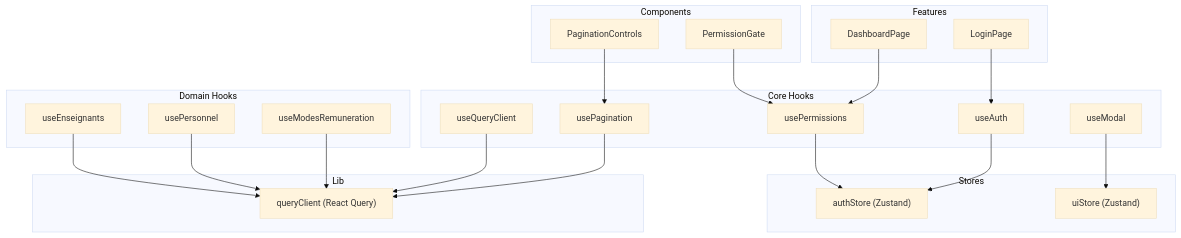
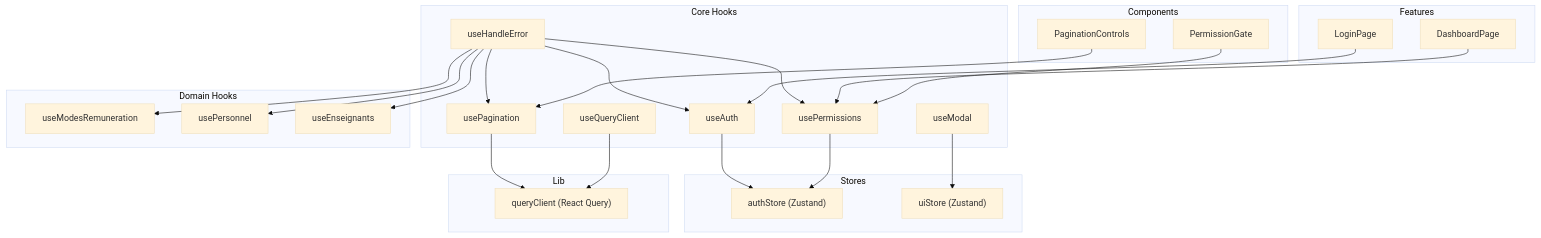
One commit to franckylab/eLISAschool changed the first of 6 diagrams in .qoder/repowiki/en/content/System Architecture/Frontend Architecture/State Management/Custom Hooks Patterns.md. Above: the diagram before and after it, drawn with Mermaid (base theme). The commit also changed other lines of this file and 455 other files, not shown here.

````diff
--- a/.qoder/repowiki/en/content/System Architecture/Frontend Architecture/State Management/Custom Hooks Patterns.md
+++ b/.qoder/repowiki/en/content/System Architecture/Frontend Architecture/State Management/Custom Hooks Patterns.md
@@ -53,42 +55,46 @@
 ```mermaid
 graph TB
 subgraph "Core Hooks"
 H_Auth["useAuth"]
 H_Perms["usePermissions"]
 H_Pag["usePagination"]
 H_Modal["useModal"]
 H_QC["useQueryClient"]
+H_Error["useHandleError"]
 end
 subgraph "Domain Hooks"
 H_Remun["useModesRemuneration"]
 H_Personnel["usePersonnel"]
 H_Enseignants["useEnseignants"]
 end
 subgraph "Stores"
 S_Auth["authStore (Zustand)"]
 S_UI["uiStore (Zustand)"]
 end
 subgraph "Lib"
 L_QC["queryClient (React Query)"]
 end
 subgraph "Features"
 F_Login["LoginPage"]
 F_Dash["DashboardPage"]
 end
 subgraph "Components"
 C_Pag["PaginationControls"]
 C_Perms["PermissionGate"]
 end
 H_Auth --> S_Auth
 H_Perms --> S_Auth
 H_Modal --> S_UI
 H_Pag --> L_QC
 H_QC --> L_QC
-H_Remun --> L_QC
-H_Personnel --> L_QC
-H_Enseignants --> L_QC
+H_Error --> H_Auth
+H_Error --> H_Perms
+H_Error --> H_Pag
+H_Error --> H_Remun
+H_Error --> H_Personnel
+H_Error --> H_Enseignants
 F_Login --> H_Auth
 F_Dash --> H_Perms
 C_Pag --> H_Pag
 C_Perms --> H_Perms
 ```
````
